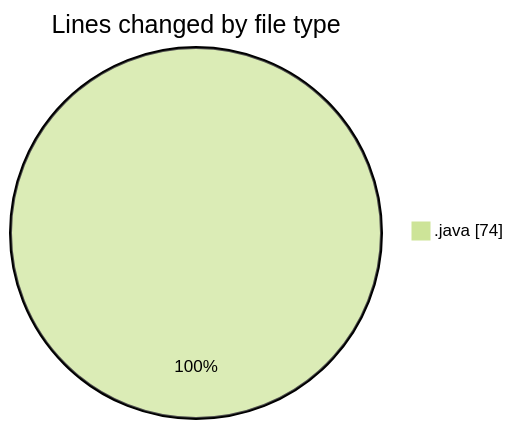
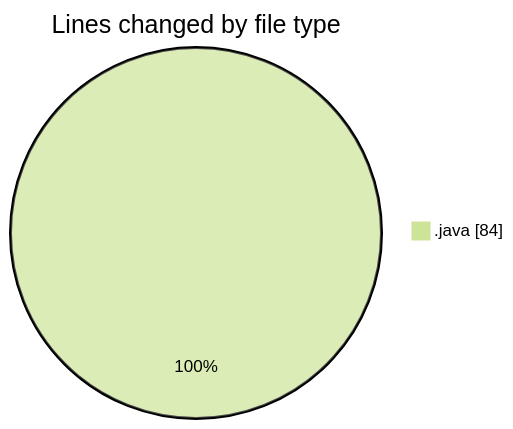
The first of 2 diagrams in 2026-09-04/cilapp/README.md (ricardozamudiocil/code-tracking), drawn with Mermaid (forest theme) before and after one commit. The commit also changed other lines of this file and 1 other file, not shown here.

````diff
--- a/2026-09-04/cilapp/README.md
+++ b/2026-09-04/cilapp/README.md
@@ -20,5 +21,5 @@
 ```mermaid
 pie showData
 title Lines changed by file type
-".java" : 74
+".java" : 84
 ```
````
